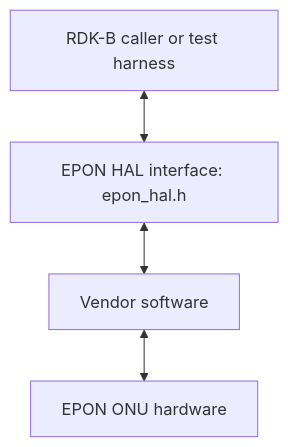
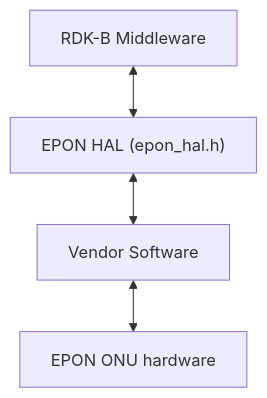
The first of 4 diagrams in docs/pages/halSpec.md (Blitzy-Sky/rdkb-halif-epon), drawn with Mermaid before and after one commit. The commit also changed other lines of this file, not shown here.

First line of the commit message:
docs: simplify the EPON_HAL specification

````diff
--- a/docs/pages/halSpec.md
+++ b/docs/pages/halSpec.md
@@ -75,7 +39,7 @@
 ```mermaid
 flowchart TD;
-    Caller["RDK-B caller or test harness"] <-->
-    EponHAL["EPON HAL interface: epon_hal.h"] <-->
-    VendorSoftware["Vendor software"] <-->
+    Caller["RDK-B Middleware"] <-->
+    EponHAL["EPON HAL (epon_hal.h)"] <-->
+    Vendor["Vendor Software"] <-->
     Onu["EPON ONU hardware"]
 ```
````
